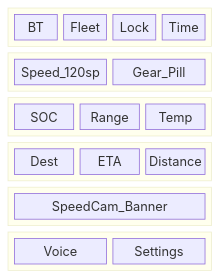
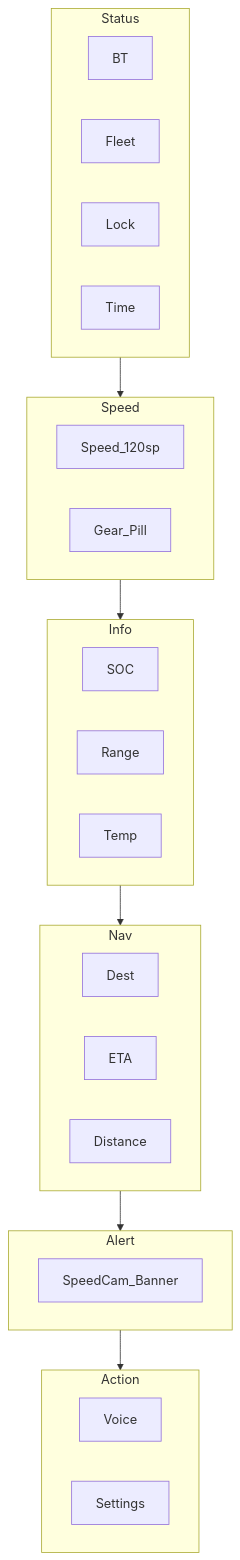
Before and after one commit to yskwon-wayforyou/MyT: the first of 4 diagrams in docs/03-requirements/display-specifications.md, drawn with Mermaid. The commit also changed other lines of this file and 330 other files, not shown here.

````diff
--- a/docs/03-requirements/display-specifications.md
+++ b/docs/03-requirements/display-specifications.md
@@ -96,23 +96,31 @@
 ```mermaid
-block-beta
-  columns 1
-  block:status:1
-    BT Fleet Lock Time
+flowchart TB
+  subgraph status [Status]
+    BT[BT]
+    Fleet[Fleet]
+    Lock[Lock]
+    Time[Time]
   end
-  block:speed:1
-    Speed_120sp
-    Gear_Pill
+  subgraph speed [Speed]
+    SpeedVal[Speed_120sp]
+    GearPill[Gear_Pill]
   end
-  block:info:1
-    SOC Range Temp
+  subgraph info [Info]
+    SOC[SOC]
+    Range[Range]
+    Temp[Temp]
   end
-  block:nav:1
-    Dest ETA Distance
+  subgraph nav [Nav]
+    Dest[Dest]
+    ETA[ETA]
+    Distance[Distance]
   end
-  block:alert:1
-    SpeedCam_Banner
+  subgraph alert [Alert]
+    SpeedCam[SpeedCam_Banner]
   end
-  block:action:1
-    Voice Settings
+  subgraph action [Action]
+    Voice[Voice]
+    Settings[Settings]
   end
+  status --> speed --> info --> nav --> alert --> action
 ```
````
